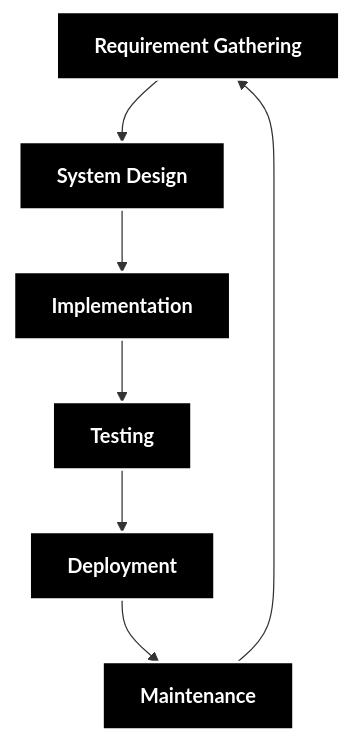
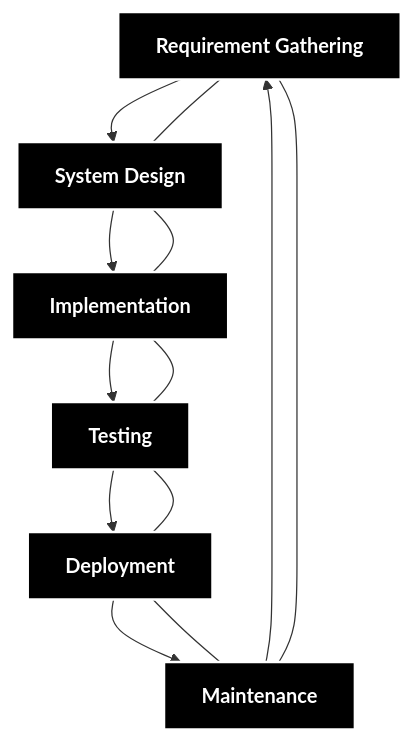
Before and after one commit to email4prasanth/MLOps_Notes: the diagram in 00_Intro.md, drawn with Mermaid.

Commit message:
added SDLC

````diff
--- a/00_Intro.md
+++ b/00_Intro.md
@@ -2,19 +2,26 @@
 ```mermaid
 graph TD
-    A[Requirement Gathering] --> B[System Design]
-    B --> C[Implementation]
-    C --> D[Testing]
-    D --> E[Deployment]
-    E --> F[Maintenance]
+    A[Requirement Gathering]
+    B[System Design]
+    C[Implementation]
+    D[Testing]
+    E[Deployment]
+    F[Maintenance]
+
+    A --> B
+    B --> C
+    C --> D
+    D --> E
+    E --> F
     F --> A
 
     style A fill:#000,stroke:#fff,stroke-width:2px,color:#fff,font-weight:bold
     style B fill:#000,stroke:#fff,stroke-width:2px,color:#fff,font-weight:bold
     style C fill:#000,stroke:#fff,stroke-width:2px,color:#fff,font-weight:bold
     style D fill:#000,stroke:#fff,stroke-width:2px,color:#fff,font-weight:bold
     style E fill:#000,stroke:#fff,stroke-width:2px,color:#fff,font-weight:bold
     style F fill:#000,stroke:#fff,stroke-width:2px,color:#fff,font-weight:bold
 
-    classDef circular display: flex, justify-content: center, align-items: center
-    class A,B,C,D,E,F circular
+    %% Positioning hints to suggest circular arrangement
+    A --- B --- C --- D --- E --- F --- A
 ```
````
